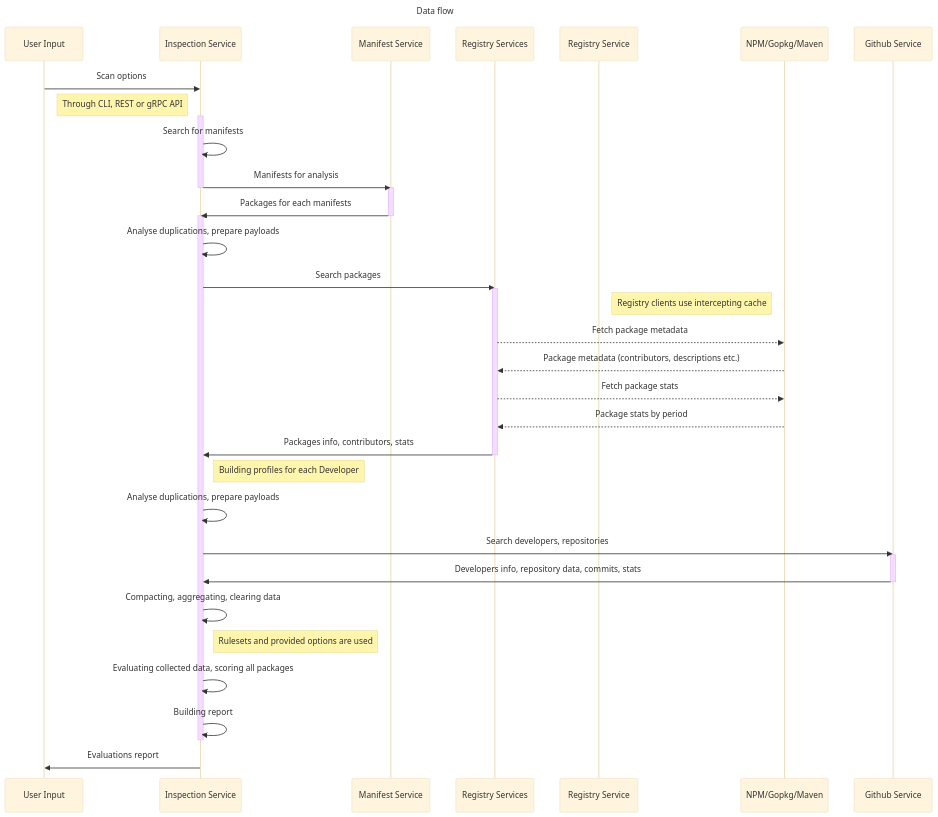
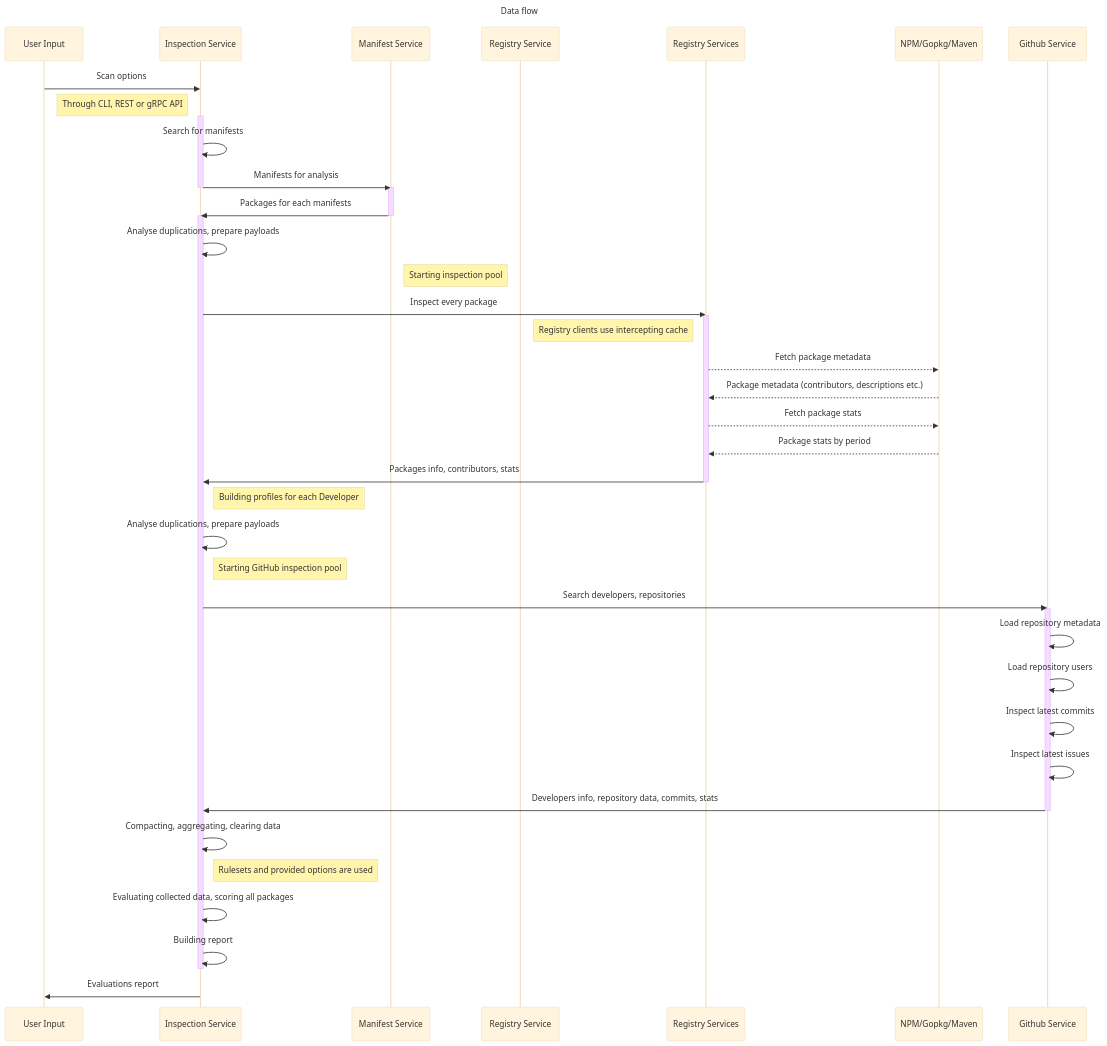
One commit to domsnail/doctryne changed the diagram in docs/data_flow.md. Above: the diagram before and after it, drawn with Mermaid (base theme). The commit also changed 9 other files, not shown here.

Commit message:
added github pages inspection pool

````diff
--- a/docs/data_flow.md
+++ b/docs/data_flow.md
@@ -10,44 +10,50 @@
 ```mermaid
 ---
 title: Data flow
 config:
     htmlLabels: false
 ---
 sequenceDiagram
-   User Input ->> Inspection Service: Scan options
-   Note right of User Input: Through CLI, REST or gRPC API
-   activate Inspection Service
-   Inspection Service ->> Inspection Service: Search for manifests
-   Inspection Service ->> Manifest Service: Manifests for analysis
-   deactivate Inspection Service
-   activate Manifest Service
-   Manifest Service ->> Inspection Service: Packages for each manifests
-   deactivate Manifest Service
+    User Input ->> Inspection Service: Scan options
+    Note right of User Input: Through CLI, REST or gRPC API
+    activate Inspection Service
+    Inspection Service ->> Inspection Service: Search for manifests
+    Inspection Service ->> Manifest Service: Manifests for analysis
+    deactivate Inspection Service
+    activate Manifest Service
+    Manifest Service ->> Inspection Service: Packages for each manifests
+    deactivate Manifest Service
 %%    
-   activate Inspection Service
-   Inspection Service ->> Inspection Service: Analyse duplications, prepare payloads
-   Inspection Service ->> Registry Services: Search packages
+    activate Inspection Service
+    Inspection Service ->> Inspection Service: Analyse duplications, prepare payloads
+    Note left of Registry Service: Starting inspection pool
+    Inspection Service ->> Registry Services: Inspect every package
 %% 
-   activate Registry Services
-   Note right of Registry Service: Registry clients use intercepting cache
-   Registry Services -->> NPM/Gopkg/Maven: Fetch package metadata
-   NPM/Gopkg/Maven -->> Registry Services: Package metadata (contributors, descriptions etc.)
-   Registry Services -->> NPM/Gopkg/Maven: Fetch package stats
-   NPM/Gopkg/Maven -->> Registry Services: Package stats by period
-   Registry Services ->> Inspection Service: Packages info, contributors, stats
-   deactivate Registry Services
+    activate Registry Services
+    Note right of Registry Service: Registry clients use intercepting cache
+    Registry Services -->> NPM/Gopkg/Maven: Fetch package metadata
+    NPM/Gopkg/Maven -->> Registry Services: Package metadata (contributors, descriptions etc.)
+    Registry Services -->> NPM/Gopkg/Maven: Fetch package stats
+    NPM/Gopkg/Maven -->> Registry Services: Package stats by period
+    Registry Services ->> Inspection Service: Packages info, contributors, stats
+    deactivate Registry Services
 %% 
-   Note right of Inspection Service: Building profiles for each Developer
-   Inspection Service ->> Inspection Service: Analyse duplications, prepare payloads
-   Inspection Service ->> Github Service: Search developers, repositories
-   activate Github Service
-   Github Service ->> Inspection Service: Developers info, repository data, commits, stats
-   deactivate Github Service
-   Inspection Service ->> Inspection Service: Compacting, aggregating, clearing data
-   Note right of Inspection Service: Rulesets and provided options are used
-   Inspection Service ->> Inspection Service: Evaluating collected data, scoring all packages
-   Inspection Service ->> Inspection Service: Building report
-   deactivate Inspection Service
+    Note right of Inspection Service: Building profiles for each Developer
+    Inspection Service ->> Inspection Service: Analyse duplications, prepare payloads
+    Note right of Inspection Service: Starting GitHub inspection pool
+    Inspection Service ->> Github Service: Search developers, repositories
+    activate Github Service
+    Github Service ->> Github Service: Load repository metadata
+    Github Service ->> Github Service: Load repository users
+    Github Service ->> Github Service: Inspect latest commits
+    Github Service ->> Github Service: Inspect latest issues
+    Github Service ->> Inspection Service: Developers info, repository data, commits, stats
+    deactivate Github Service
+    Inspection Service ->> Inspection Service: Compacting, aggregating, clearing data
+    Note right of Inspection Service: Rulesets and provided options are used
+    Inspection Service ->> Inspection Service: Evaluating collected data, scoring all packages
+    Inspection Service ->> Inspection Service: Building report
+    deactivate Inspection Service
 %%    
-   Inspection Service ->> User Input: Evaluations report
+    Inspection Service ->> User Input: Evaluations report
 ```
````
